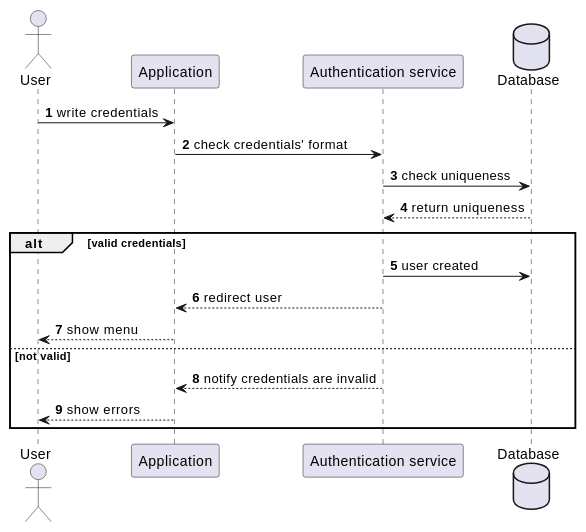
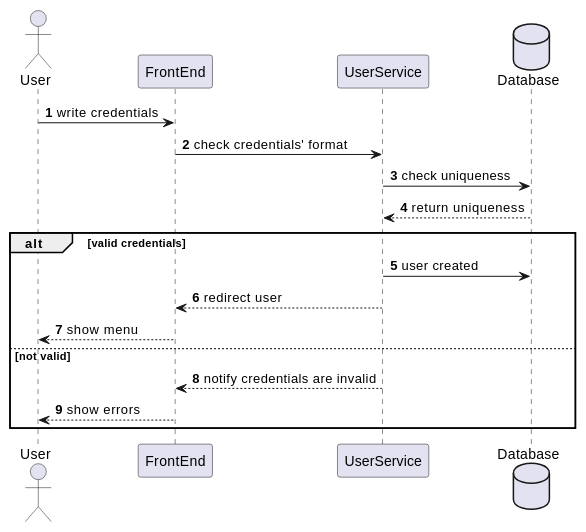
Before and after one commit to Arquisoft/wichat_en3a: the first of 5 diagrams in docs/src/06_runtime_view.adoc, drawn with PlantUML. The commit also changed other lines of this file, not shown here.

```diff
--- a/docs/src/06_runtime_view.adoc
+++ b/docs/src/06_runtime_view.adoc
@@ -55,22 +19,22 @@
 [plantuml,"Sign up diagram",png]
 ----
 autonumber
 actor User
-participant Application
-participant "Authentication service"
+participant FrontEnd
+participant UserService
 database Database
 
-User -> Application: write credentials
-Application -> "Authentication service": check credentials' format
-"Authentication service" -> Database: check uniqueness
-Database --> "Authentication service": return uniqueness
+User -> FrontEnd: write credentials
+FrontEnd -> UserService: check credentials' format
+UserService -> Database: check uniqueness
+Database --> UserService: return uniqueness
 
 alt valid credentials
-    "Authentication service" -> Database: user created
-    "Authentication service" --> Application: redirect user
-    Application --> User: show menu
+    UserService -> Database: user created
+    UserService --> FrontEnd: redirect user
+    FrontEnd --> User: show menu
 else not valid
-    "Authentication service" --> Application: notify credentials are invalid
-    Application --> User: show errors
+    UserService --> FrontEnd: notify credentials are invalid
+    FrontEnd --> User: show errors
 end
 ----
```
